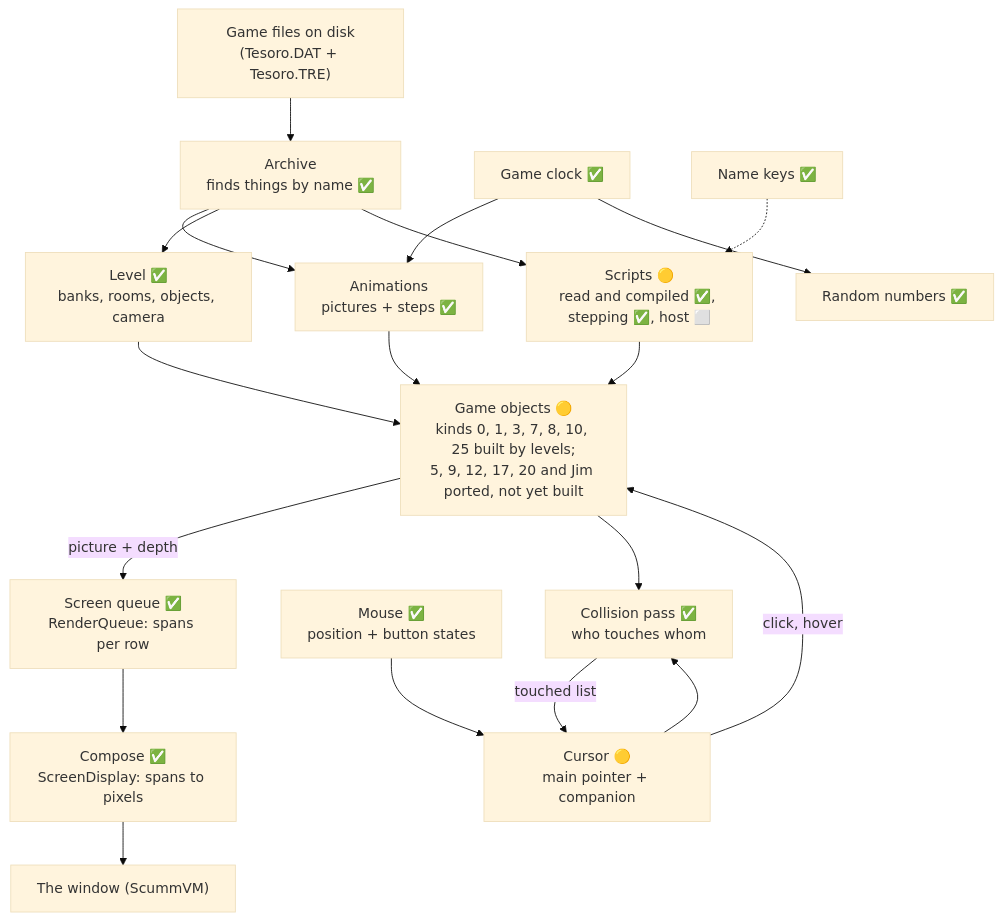
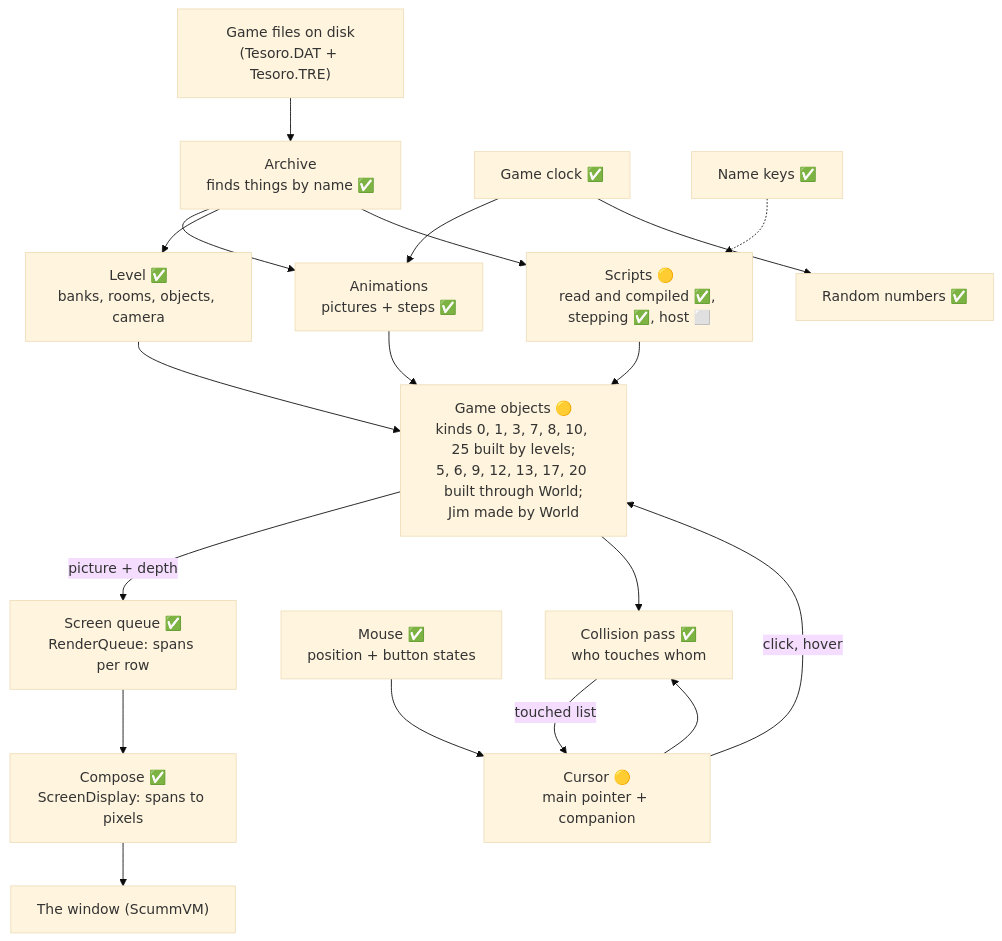
The first of 8 diagrams in re/SUBSYSTEMS.md (kelmer44/tesoro-stuff), drawn with Mermaid (base theme) before and after one commit. The commit also changed other lines of this file and 8 other files, not shown here.

````diff
--- a/re/SUBSYSTEMS.md
+++ b/re/SUBSYSTEMS.md
@@ -17,21 +17,21 @@
 ```mermaid
 flowchart TD
     Disk["Game files on disk<br/>(Tesoro.DAT + Tesoro.TRE)"] --> Archive["Archive<br/>finds things by name ✅"]
     Archive --> Anim["Animations<br/>pictures + steps ✅"]
     Archive --> Level["Level ✅<br/>banks, rooms, objects, camera"]
     Clock["Game clock ✅"] --> Anim
-    Anim --> Objects["Game objects 🟡<br/>kinds 0, 1, 3, 7, 8, 10, 25 built by levels;<br/>5, 9, 12, 17, 20 and Jim ported, not yet built"]
+    Anim --> Objects["Game objects 🟡<br/>kinds 0, 1, 3, 7, 8, 10, 25 built by levels;<br/>5, 6, 9, 12, 13, 17, 20 built through World;<br/>Jim made by World"]
     Level --> Objects
     Objects -->|"picture + depth"| Queue["Screen queue ✅<br/>RenderQueue: spans per row"]
     Queue --> Compose["Compose ✅<br/>ScreenDisplay: spans to pixels"]
     Compose --> Window["The window (ScummVM)"]
     Mouse["Mouse ✅<br/>position + button states"] --> Cursor["Cursor 🟡<br/>main pointer + companion"]
     Cursor --> Collide["Collision pass ✅<br/>who touches whom"]
     Objects --> Collide
     Collide -->|"touched list"| Cursor
     Cursor -->|"click, hover"| Objects
     Clock --> Random["Random numbers ✅"]
     Names["Name keys ✅"] -.-> Scripts["Scripts 🟡<br/>read and compiled ✅, stepping ✅, host ⬜"]
     Archive --> Scripts
     Scripts --> Objects
 ```
````
